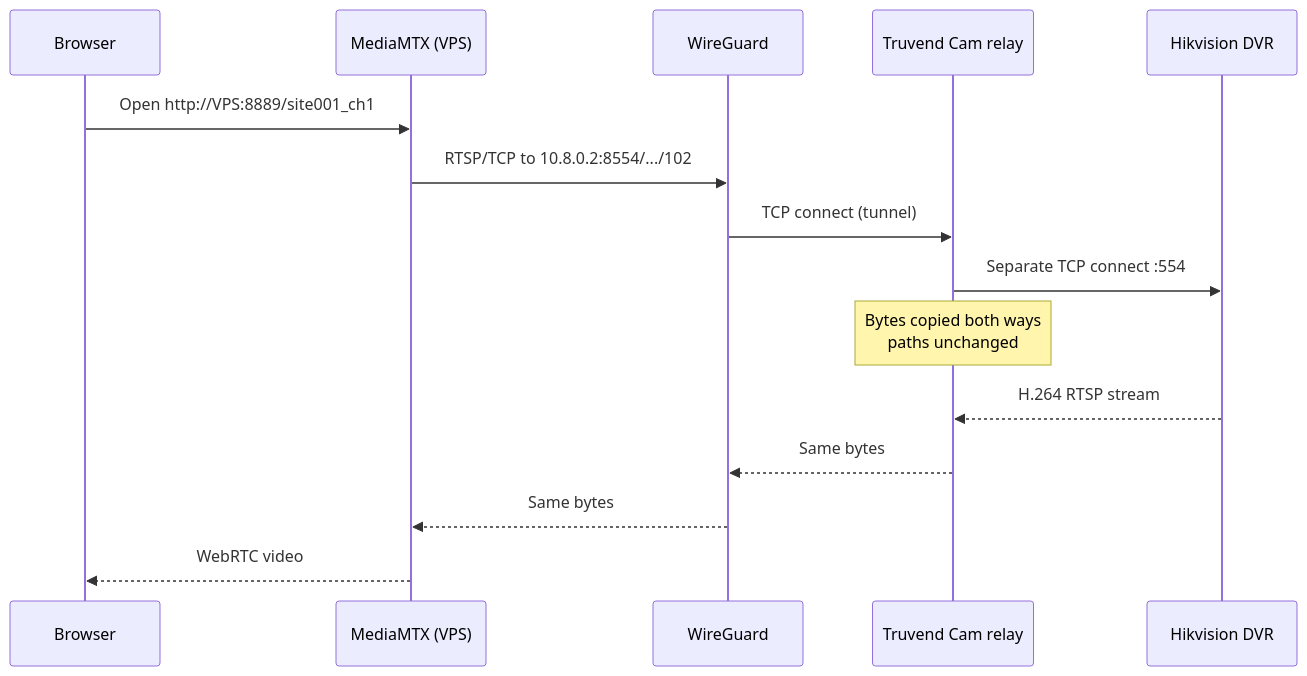
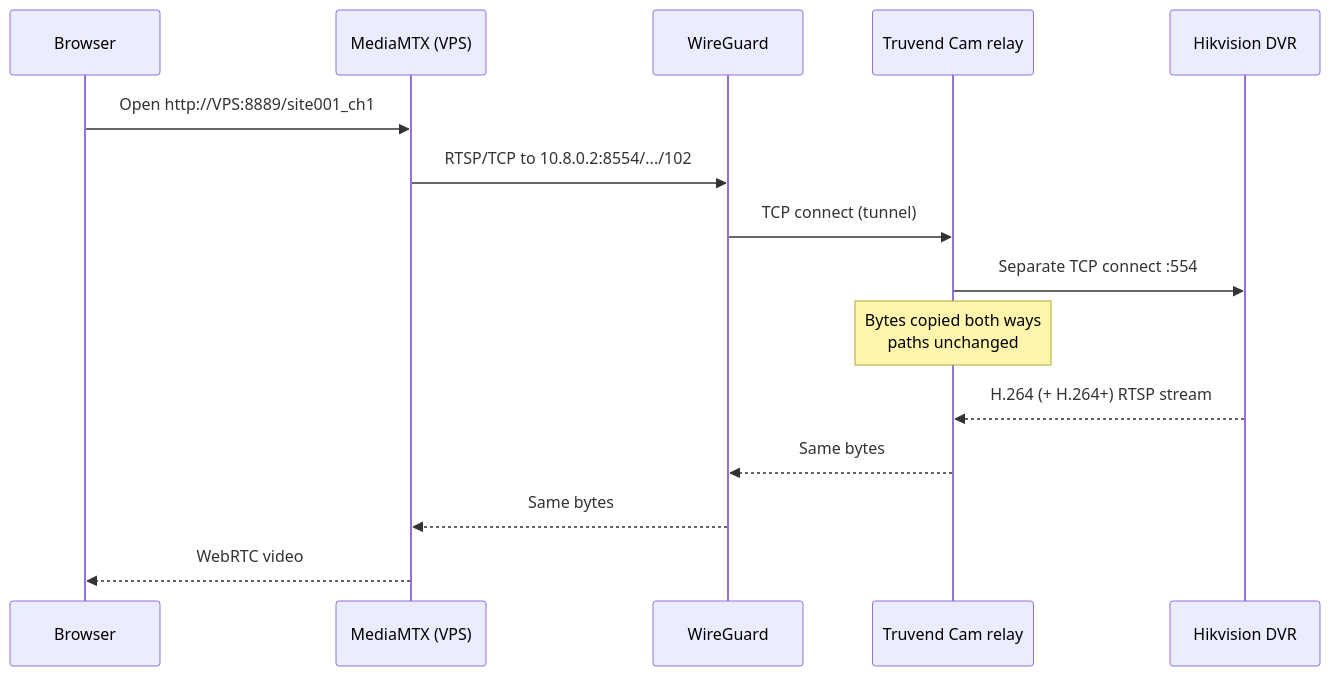
The third of 4 diagrams in docs/SYSTEM-ARCHITECTURE.md (olaar09/truvend_cam_site), drawn with Mermaid before and after one commit. The commit also changed other lines of this file and 21 other files, not shown here.

````diff
--- a/docs/SYSTEM-ARCHITECTURE.md
+++ b/docs/SYSTEM-ARCHITECTURE.md
@@ -91,18 +91,18 @@
 ```mermaid
 sequenceDiagram
   participant BR as Browser
   participant MTX as MediaMTX (VPS)
   participant WG as WireGuard
   participant REL as Truvend Cam relay
   participant DVR as Hikvision DVR
 
   BR->>MTX: Open http://VPS:8889/site001_ch1
   MTX->>WG: RTSP/TCP to 10.8.0.2:8554/.../102
   WG->>REL: TCP connect (tunnel)
   REL->>DVR: Separate TCP connect :554
   Note over REL: Bytes copied both ways<br/>paths unchanged
-  DVR-->>REL: H.264 RTSP stream
+  DVR-->>REL: H.264 (+ H.264+) RTSP stream
   REL-->>WG: Same bytes
   WG-->>MTX: Same bytes
   MTX-->>BR: WebRTC video
 ```
````
